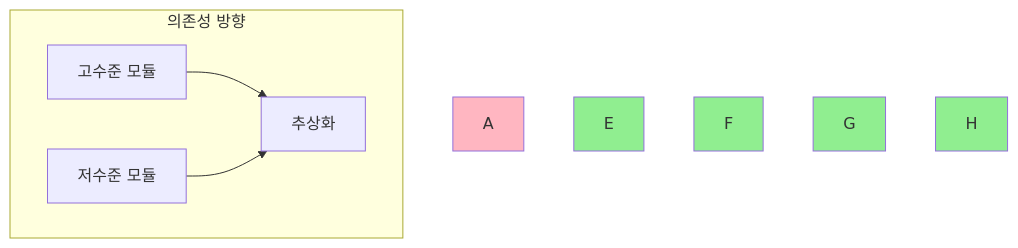
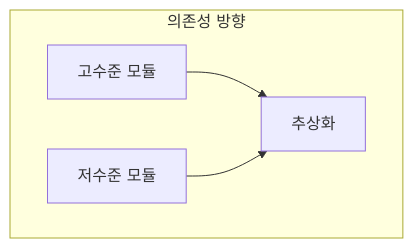
One commit to schooldevops/interview-spring-java-kotlin changed the sixth of 6 diagrams in 03.SOLID.md. Above: the diagram before and after it, drawn with Mermaid.

Commit message:
add solid

````diff
--- a/03.SOLID.md
+++ b/03.SOLID.md
@@ -593,13 +600,8 @@
 ```mermaid
 graph TB    
     subgraph "의존성 방향"
         L[고수준 모듈] --> M[추상화]
         N[저수준 모듈] --> M
     end
     
-    style A fill:#FFB6C1
-    style E fill:#90EE90
-    style F fill:#90EE90
-    style G fill:#90EE90
-    style H fill:#90EE90
 ```
````
